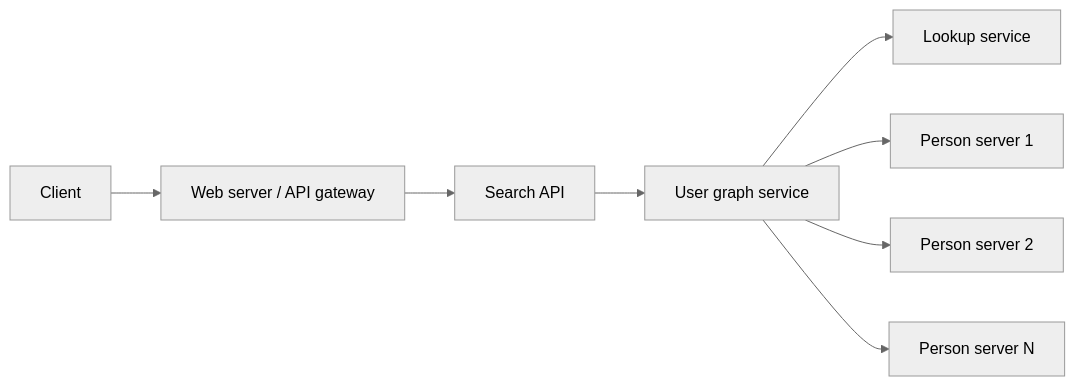
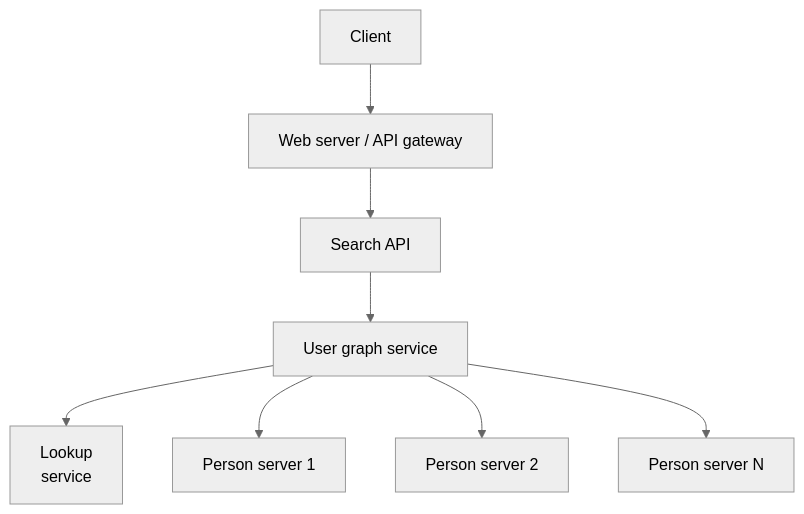
Before and after one commit to butyavk/system-design: the first of 2 diagrams in src/content/docs/practice/social-graph.mdx, drawn with Mermaid (neutral theme). The commit also changed other lines of this file and 144 other files, not shown here.

````diff
--- a/src/content/docs/practice/social-graph.mdx
+++ b/src/content/docs/practice/social-graph.mdx
@@ -65,10 +65,10 @@
 ```mermaid
-flowchart LR
+flowchart TB
   client["Client"] --> web["Web server / API gateway"]
   web --> search["Search API"]
   search --> ugs["User graph service"]
-  ugs --> lookup["Lookup service"]
+  ugs --> lookup["Lookup<br/>service"]
   ugs --> p1["Person server 1"]
   ugs --> p2["Person server 2"]
   ugs --> pn["Person server N"]
 ```
````
